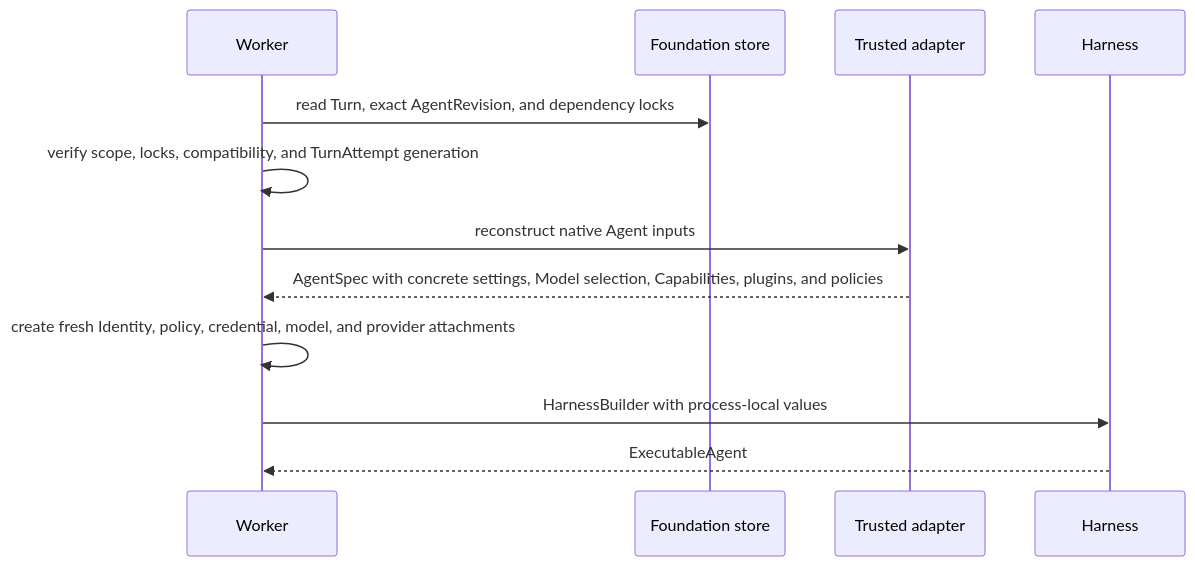
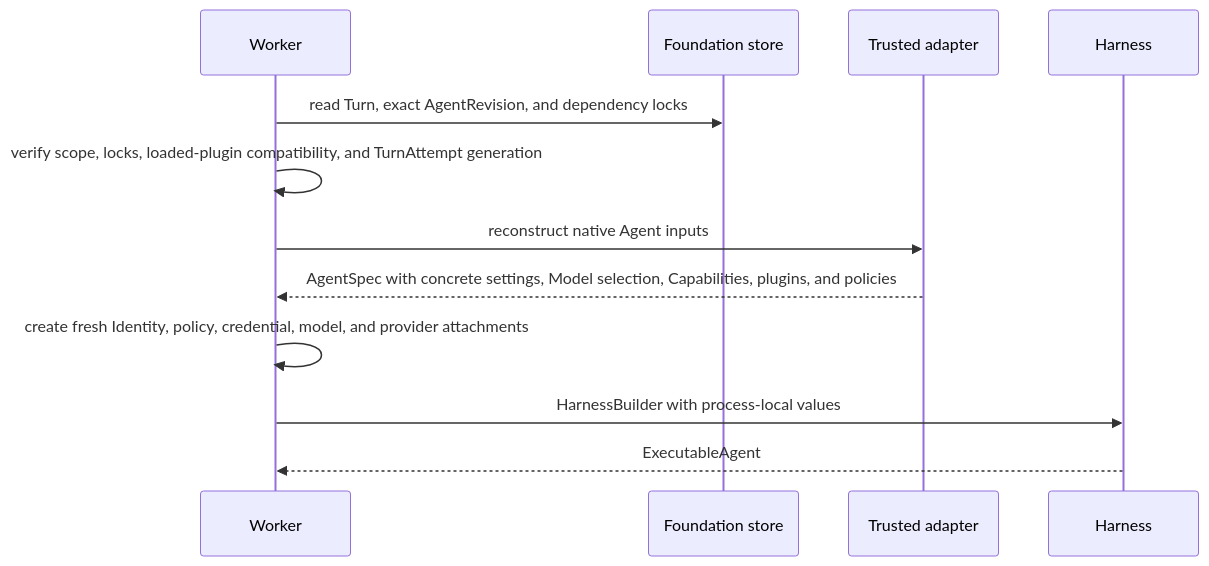
Before and after one commit to converge-ai-labs/agent-foundation: the second of 2 diagrams in spec/foundation-service/12-agent-revisions-and-reconstruction.md, drawn with Mermaid. The commit also changed other lines of this file and 14 other files, not shown here.

````diff
--- a/spec/foundation-service/12-agent-revisions-and-reconstruction.md
+++ b/spec/foundation-service/12-agent-revisions-and-reconstruction.md
@@ -71,15 +72,15 @@
 ```mermaid
 sequenceDiagram
     participant Worker
     participant Store as Foundation store
     participant Adapter as Trusted adapter
     participant Harness
 
     Worker->>Store: read Turn, exact AgentRevision, and dependency locks
-    Worker->>Worker: verify scope, locks, compatibility, and TurnAttempt generation
+    Worker->>Worker: verify scope, locks, loaded-plugin compatibility, and TurnAttempt generation
     Worker->>Adapter: reconstruct native Agent inputs
     Adapter-->>Worker: AgentSpec with concrete settings, Model selection, Capabilities, plugins, and policies
     Worker->>Worker: create fresh Identity, policy, credential, model, and provider attachments
     Worker->>Harness: HarnessBuilder with process-local values
     Harness-->>Worker: ExecutableAgent
 ```
````
